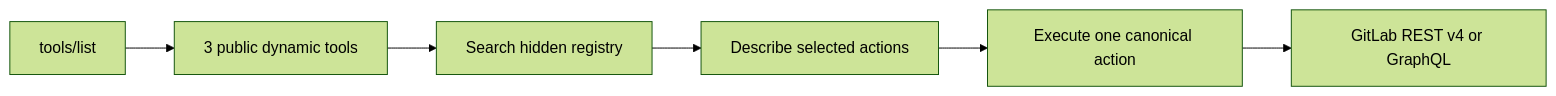
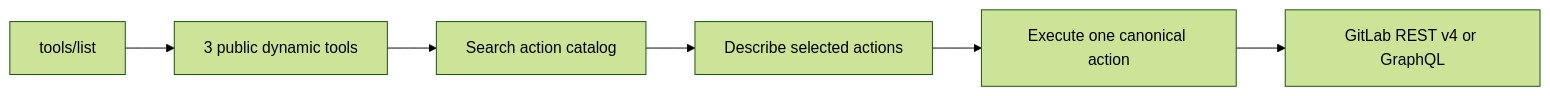
The first of 2 diagrams in site/src/content/docs/tools/dynamic-tools.mdx (jmrplens/gitlab-mcp-server), drawn with Mermaid (forest theme) before and after one commit. The commit also changed other lines of this file and 62 other files, not shown here.

First line of the commit message:
feat(dynamic): add canonical action catalog

````diff
--- a/site/src/content/docs/tools/dynamic-tools.mdx
+++ b/site/src/content/docs/tools/dynamic-tools.mdx
@@ -26,8 +26,8 @@
 ```mermaid
 flowchart LR
     A[tools/list] --> B[3 public dynamic tools]
-    B --> C[Search hidden registry]
+    B --> C[Search action catalog]
     C --> D[Describe selected actions]
     D --> E[Execute one canonical action]
     E --> F[GitLab REST v4 or GraphQL]
 ```
````
